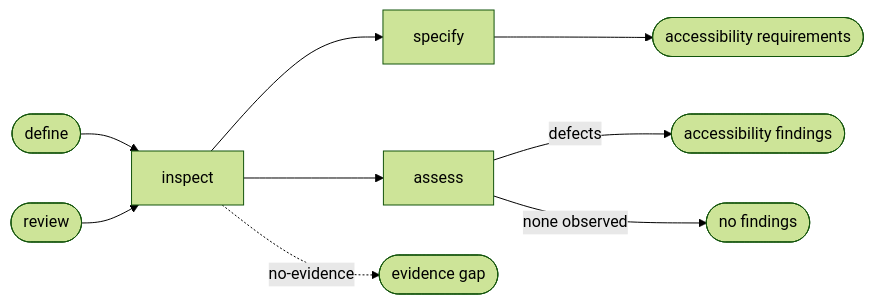
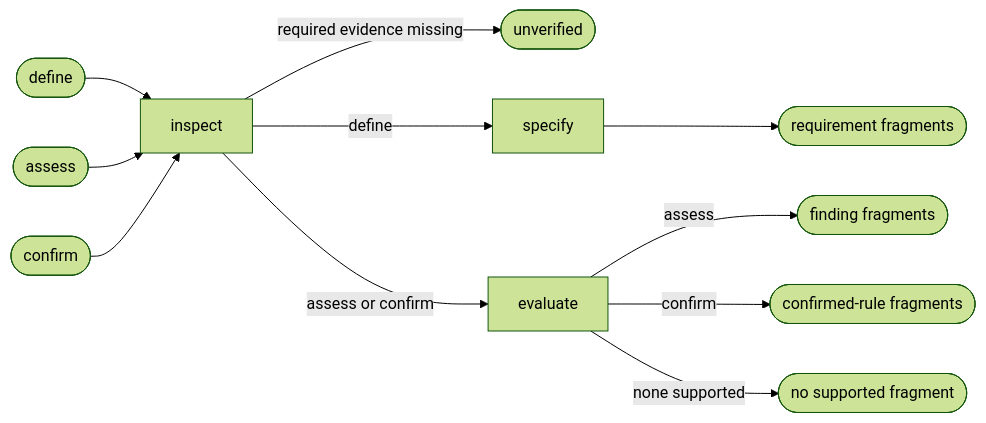
The diagram in plugins/aidd-ui/skills/04-accessibility/SKILL.md (ai-driven-dev/aidd-framework), drawn with Mermaid (forest theme) before and after one commit. The commit also changed other lines of this file and 93 other files, not shown here.

````diff
--- a/plugins/aidd-ui/skills/04-accessibility/SKILL.md
+++ b/plugins/aidd-ui/skills/04-accessibility/SKILL.md
@@ -9,8 +9,12 @@
 ```mermaid
 flowchart LR
-  define([define]) --> inspect --> specify --> requirements([accessibility requirements])
-  review([review]) --> inspect --> assess
-  assess -->|defects| findings([accessibility findings])
-  assess -->|none observed| clean([no findings])
-  inspect -. no-evidence .-> unknown([evidence gap])
+  define([define]) --> inspect
+  assess([assess]) --> inspect
+  confirm([confirm]) --> inspect
+  inspect -->|required evidence missing| unverified([unverified])
+  inspect -->|define| specify --> requirements([requirement fragments])
+  inspect -->|assess or confirm| evaluate
+  evaluate -->|assess| findings([finding fragments])
+  evaluate -->|confirm| rules([confirmed-rule fragments])
+  evaluate -->|none supported| none([no supported fragment])
 ```
````
